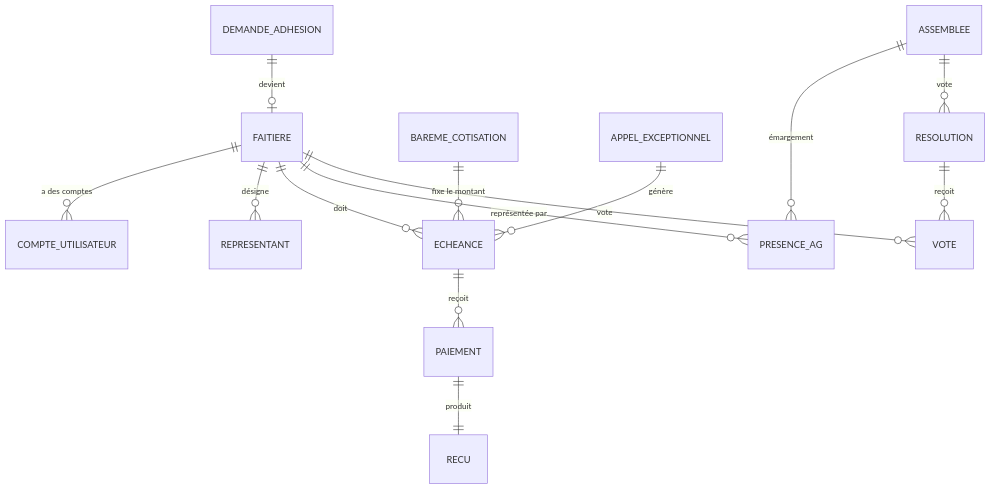
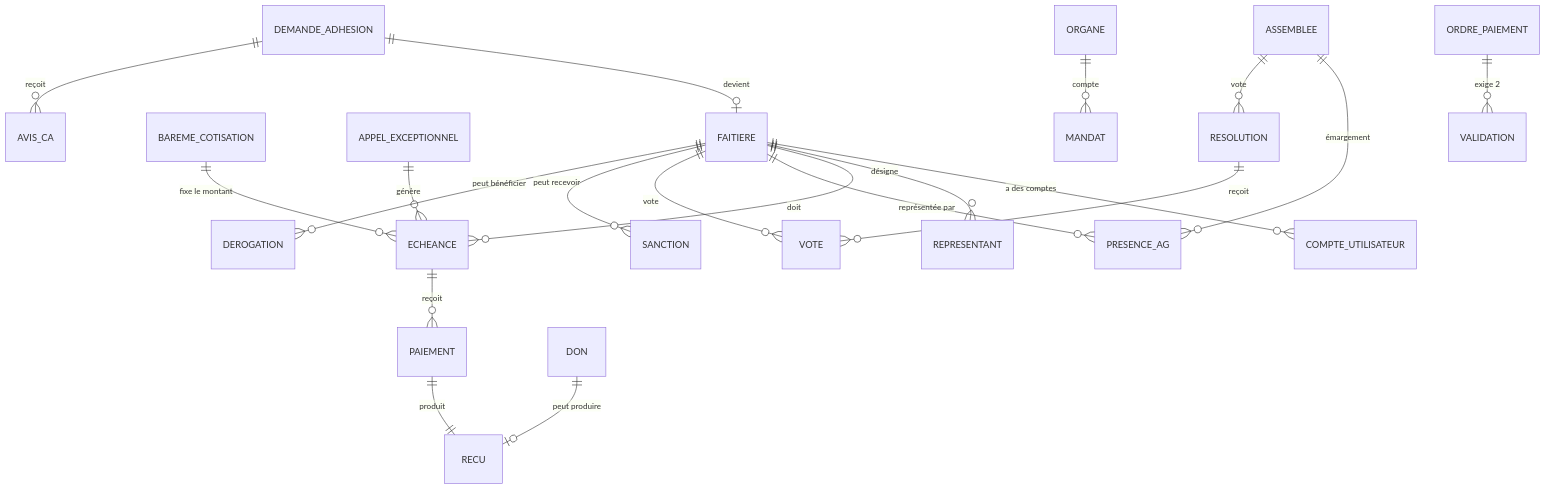
The diagram in PSIE_CAHIER_DES_CHARGES.md (tolobayounousaa225-prog/projet-lecim), drawn with Mermaid before and after one commit. The commit also changed other lines of this file, not shown here.

````diff
--- a/PSIE_CAHIER_DES_CHARGES.md
+++ b/PSIE_CAHIER_DES_CHARGES.md
@@ -172,16 +212,22 @@
 ```mermaid
 erDiagram
     FAITIERE ||--o{ COMPTE_UTILISATEUR : "a des comptes"
     FAITIERE ||--o{ REPRESENTANT : "désigne"
     FAITIERE ||--o{ ECHEANCE : "doit"
     BAREME_COTISATION ||--o{ ECHEANCE : "fixe le montant"
     APPEL_EXCEPTIONNEL ||--o{ ECHEANCE : "génère"
     ECHEANCE ||--o{ PAIEMENT : "reçoit"
     PAIEMENT ||--|| RECU : "produit"
     ASSEMBLEE ||--o{ PRESENCE_AG : "émargement"
     ASSEMBLEE ||--o{ RESOLUTION : "vote"
     RESOLUTION ||--o{ VOTE : "reçoit"
     FAITIERE ||--o{ PRESENCE_AG : "représentée par"
     FAITIERE ||--o{ VOTE : "vote"
     DEMANDE_ADHESION ||--o| FAITIERE : "devient"
+    DEMANDE_ADHESION ||--o{ AVIS_CA : "reçoit"
+    FAITIERE ||--o{ SANCTION : "peut recevoir"
+    FAITIERE ||--o{ DEROGATION : "peut bénéficier"
+    ORGANE ||--o{ MANDAT : "compte"
+    ORDRE_PAIEMENT ||--o{ VALIDATION : "exige 2"
+    DON ||--o| RECU : "peut produire"
 ```
````
